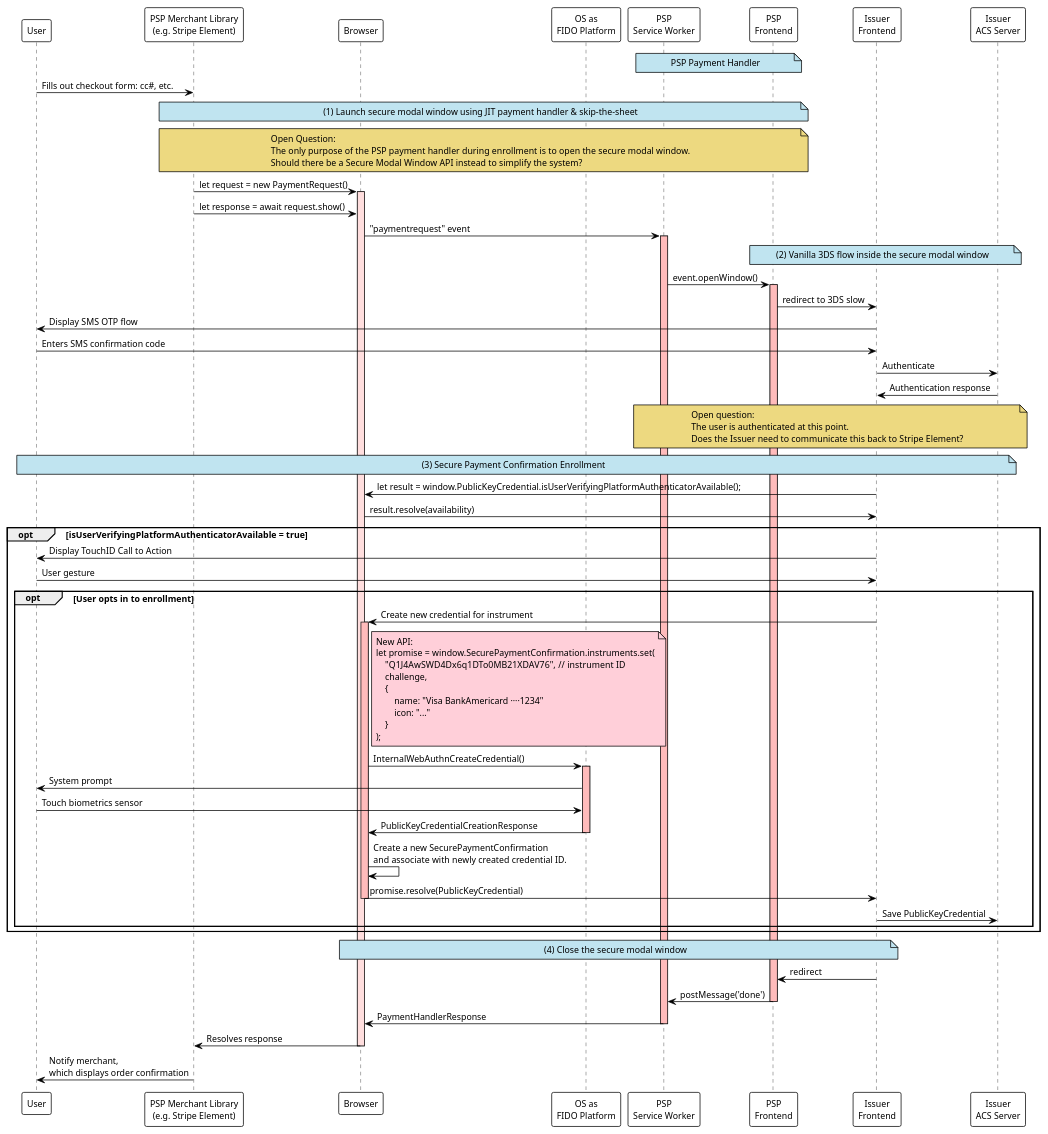
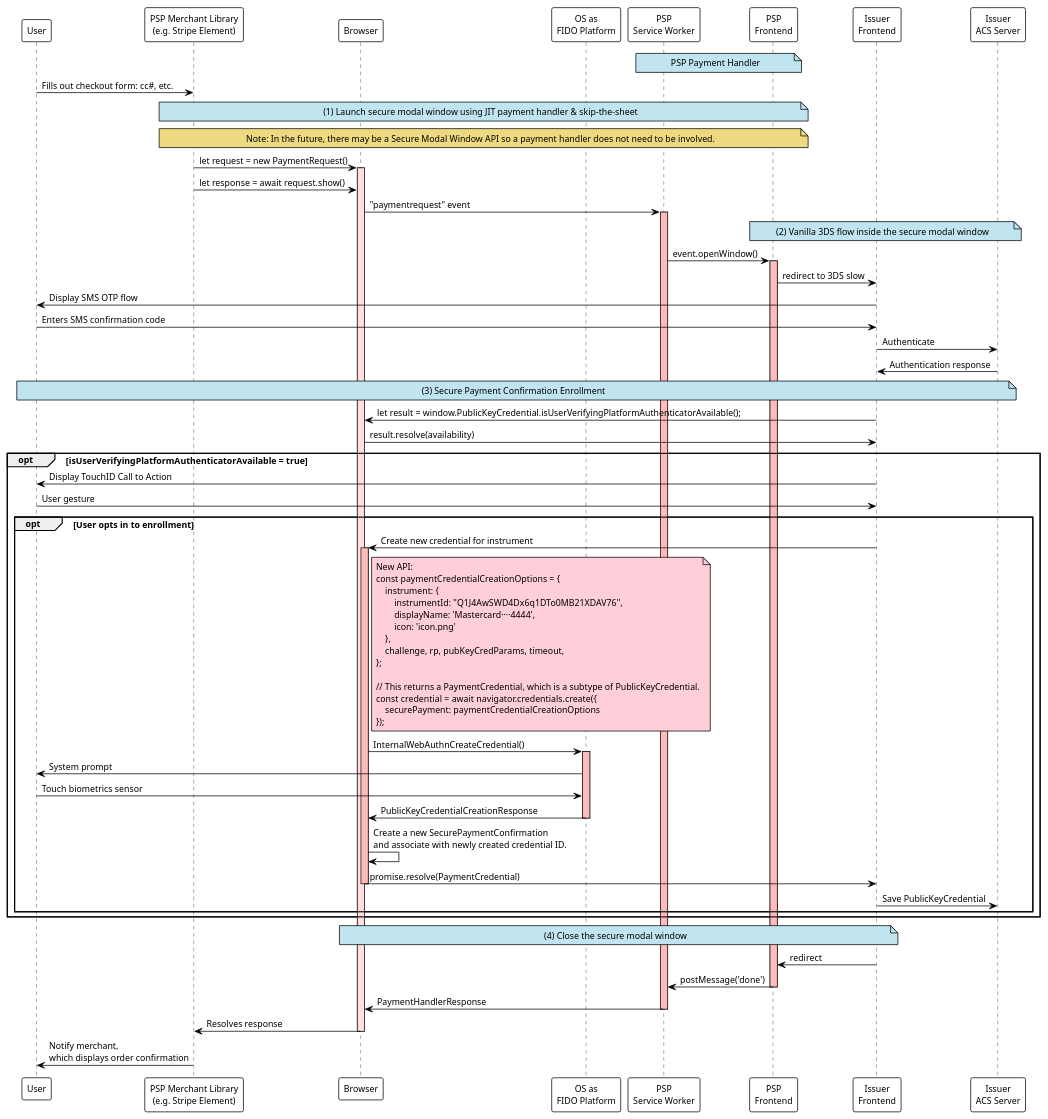
The diagram in sequence-diagrams/sequence-enroll.plantuml (w3c/secure-payment-confirmation), drawn with PlantUML before and after one commit. The commit also changed 1 other file, not shown here.

Commit message:
Update enrollment sequence to match latest API proposal

```diff
--- a/sequence-diagrams/sequence-enroll.plantuml
+++ b/sequence-diagrams/sequence-enroll.plantuml
@@ -1,116 +1,114 @@
 @startuml SecurePaymentConfirmation-Pilot-Enrollment
 
 skinparam sequence {
     ParticipantBackgroundColor #FFFFFF
     ParticipantBorderColor #000000
     ParticipantBorderThickness 1
 }
 skinparam DefaultFontColor #000000
 skinparam DefaultFontName "Helvetica"
 skinparam DefaultFontSize 12
 skinparam ArrowColor #000000
 skinparam NoteBackgroundColor #C0E4F0
 skinparam NoteBorderColor #000000
 skinparam NoteBorderThickness 1
 skinparam Shadowing false
 
 participant User
 participant "PSP Merchant Library\n(e.g. Stripe Element)" as Element
 participant Browser
 participant "OS as\nFIDO Platform" as Platform
 participant "PSP\nService Worker" as PSP_SW
 participant "PSP\nFrontend" as PSP
 participant "Issuer\nFrontend" as Issuer
 participant "Issuer\nACS Server" as IssuerBE
 
 Note over PSP_SW, PSP: PSP Payment Handler
 
 User -> Element: Fills out checkout form: cc#, etc.
 
 Note over Element, PSP: (1) Launch secure modal window using JIT payment handler & skip-the-sheet
+
 Note over Element, PSP #EDD980
-  Open Question:
-  The only purpose of the PSP payment handler during enrollment is to open the secure modal window.
-  Should there be a Secure Modal Window API instead to simplify the system? 
+  Note: In the future, there may be a Secure Modal Window API so a payment handler does not need to be involved.
 end note
 
 Element -> Browser: let request = new PaymentRequest()
 activate Browser #FFDEDE
 Element -> Browser: let response = await request.show()
 
 Browser -> PSP_SW: "paymentrequest" event
 activate PSP_SW #FFBBBB
 
 Note over PSP, IssuerBE: (2) Vanilla 3DS flow inside the secure modal window
 PSP_SW -> PSP: event.openWindow()
 activate PSP #FFBBBB
 PSP -> Issuer: redirect to 3DS slow
 Issuer -> User: Display SMS OTP flow
 User -> Issuer: Enters SMS confirmation code
 Issuer -> IssuerBE: Authenticate
 IssuerBE -> Issuer: Authentication response
 
-Note over PSP_SW, IssuerBE #EDD980
-    Open question:
-    The user is authenticated at this point.
-    Does the Issuer need to communicate this back to Stripe Element?
-end note
-
 Note over User, IssuerBE: (3) Secure Payment Confirmation Enrollment
 Issuer -> Browser: let result = window.PublicKeyCredential.isUserVerifyingPlatformAuthenticatorAvailable();
 Browser -> Issuer: result.resolve(availability)
 opt isUserVerifyingPlatformAuthenticatorAvailable = true
 Issuer -> User: Display TouchID Call to Action
 User -> Issuer: User gesture
 
     opt User opts in to enrollment
 
         'Note over Browser, IssuerBE: (4) Vanilla WebAuthn credential creation
         'Issuer -> Browser: await navigator.credentials.create()
         Issuer -> Browser: Create new credential for instrument
         Note right of Browser #FFCFD9
         New API:
-        let promise = window.SecurePaymentConfirmation.instruments.set(
-            "Q1J4AwSWD4Dx6q1DTo0MB21XDAV76",  // instrument ID
-            challenge,
-            {
-                name: "Visa BankAmericard ····1234"
-                icon: "..."
-            }
-        );
+        const paymentCredentialCreationOptions = {
+            instrument: {
+                instrumentId: "Q1J4AwSWD4Dx6q1DTo0MB21XDAV76",
+                displayName: 'Mastercard····4444',
+                icon: 'icon.png'
+            },
+            challenge, rp, pubKeyCredParams, timeout,
+        };
+
+        // This returns a PaymentCredential, which is a subtype of PublicKeyCredential.
+        const credential = await navigator.credentials.create({
+            securePayment: paymentCredentialCreationOptions
+        });
         end note
 
         activate Browser #FFBBBB
 
         Browser -> Platform: InternalWebAuthnCreateCredential()
         activate Platform #FFBBBB
         Platform -> User: System prompt
         User -> Platform: Touch biometrics sensor
         Platform -> Browser: PublicKeyCredentialCreationResponse
         deactivate Platform
 
         Browser -> Browser: Create a new SecurePaymentConfirmation\nand associate with newly created credential ID.
-        Browser -> Issuer: promise.resolve(PublicKeyCredential)
+        Browser -> Issuer: promise.resolve(PaymentCredential)
         deactivate Browser
         
         Issuer -> IssuerBE: Save PublicKeyCredential
 
     end
 end
 
 
 Note over Browser, Issuer: (4) Close the secure modal window
 Issuer -> PSP: redirect
 PSP -> PSP_SW: postMessage('done')
 deactivate PSP
 
 PSP_SW -> Browser: PaymentHandlerResponse
 deactivate PSP_SW
 
 Browser -> Element: Resolves response
 deactivate Browser
 
 Element -> User: Notify merchant,\nwhich displays order confirmation
 
 
 @enduml
```
